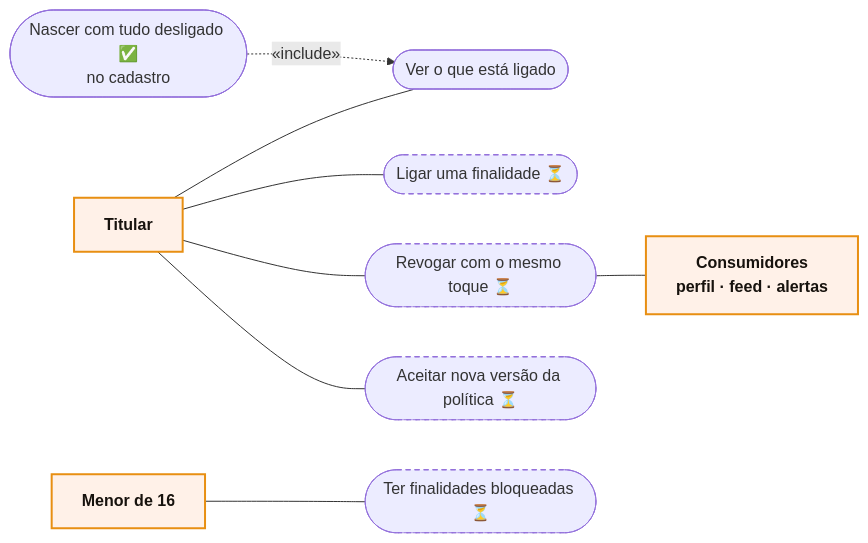
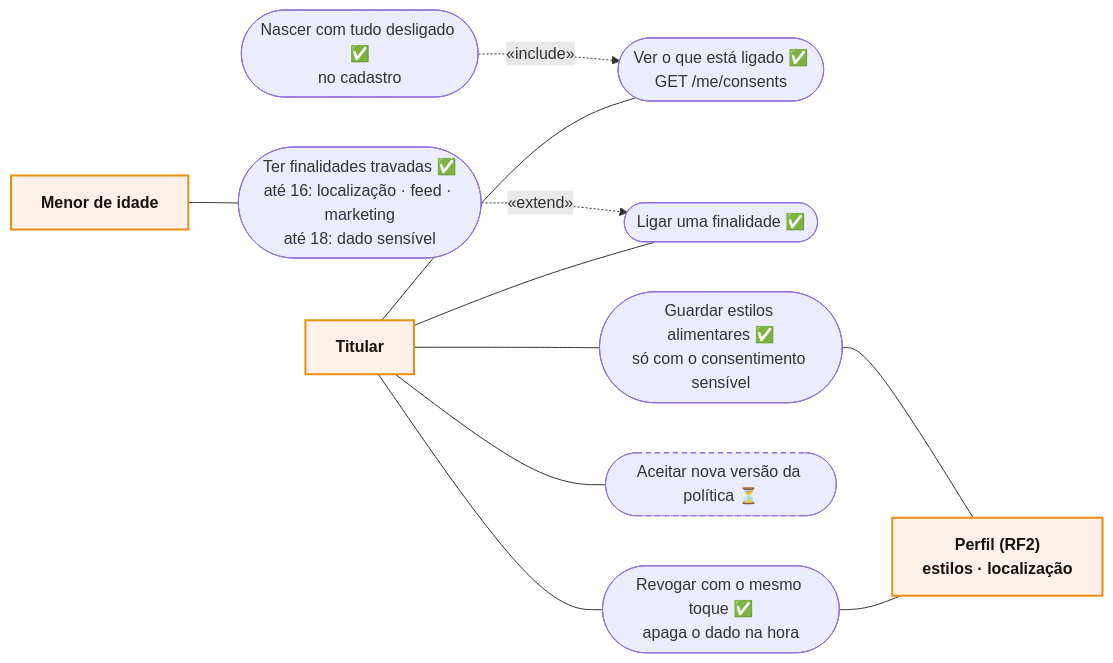
The diagram in docs/RF3/casos-de-uso.md (MatheusHaliski/Friendly-Eats), drawn with Mermaid before and after one commit. The commit also changed 22 other files, not shown here.

````diff
--- a/docs/RF3/casos-de-uso.md
+++ b/docs/RF3/casos-de-uso.md
@@ -3,22 +3,25 @@
 ```mermaid
 flowchart LR
     T["Titular"]:::actor
-    M["Menor de 16"]:::actor
+    M["Menor de idade"]:::actor
 
-    UC1(["Ver o que está ligado"])
-    UC2(["Ligar uma finalidade ⏳"]):::planned
-    UC3(["Revogar com o mesmo toque ⏳"]):::planned
+    UC1(["Ver o que está ligado ✅<br/>GET /me/consents"])
+    UC2(["Ligar uma finalidade ✅"])
+    UC3(["Revogar com o mesmo toque ✅<br/>apaga o dado na hora"])
     UC4(["Aceitar nova versão da política ⏳"]):::planned
     UC5(["Nascer com tudo desligado ✅<br/>no cadastro"])
-    UC6(["Ter finalidades bloqueadas ⏳"]):::planned
+    UC6(["Ter finalidades travadas ✅<br/>até 16: localização · feed · marketing<br/>até 18: dado sensível"])
+    UC7(["Guardar estilos alimentares ✅<br/>só com o consentimento sensível"])
 
-    SYS["Consumidores<br/>perfil · feed · alertas"]:::actor
+    SYS["Perfil (RF2)<br/>estilos · localização"]:::actor
 
-    T --- UC1 & UC2 & UC3 & UC4
+    T --- UC1 & UC2 & UC3 & UC4 & UC7
     M --- UC6
     UC5 -. «include» .-> UC1
+    UC6 -. «extend» .-> UC2
     UC3 --- SYS
+    UC7 --- SYS
 
     classDef actor fill:#FFF1E8,stroke:#E88F12,stroke-width:2px,color:#17120D,font-weight:bold
     classDef planned stroke-dasharray:5 4
 ```
````
